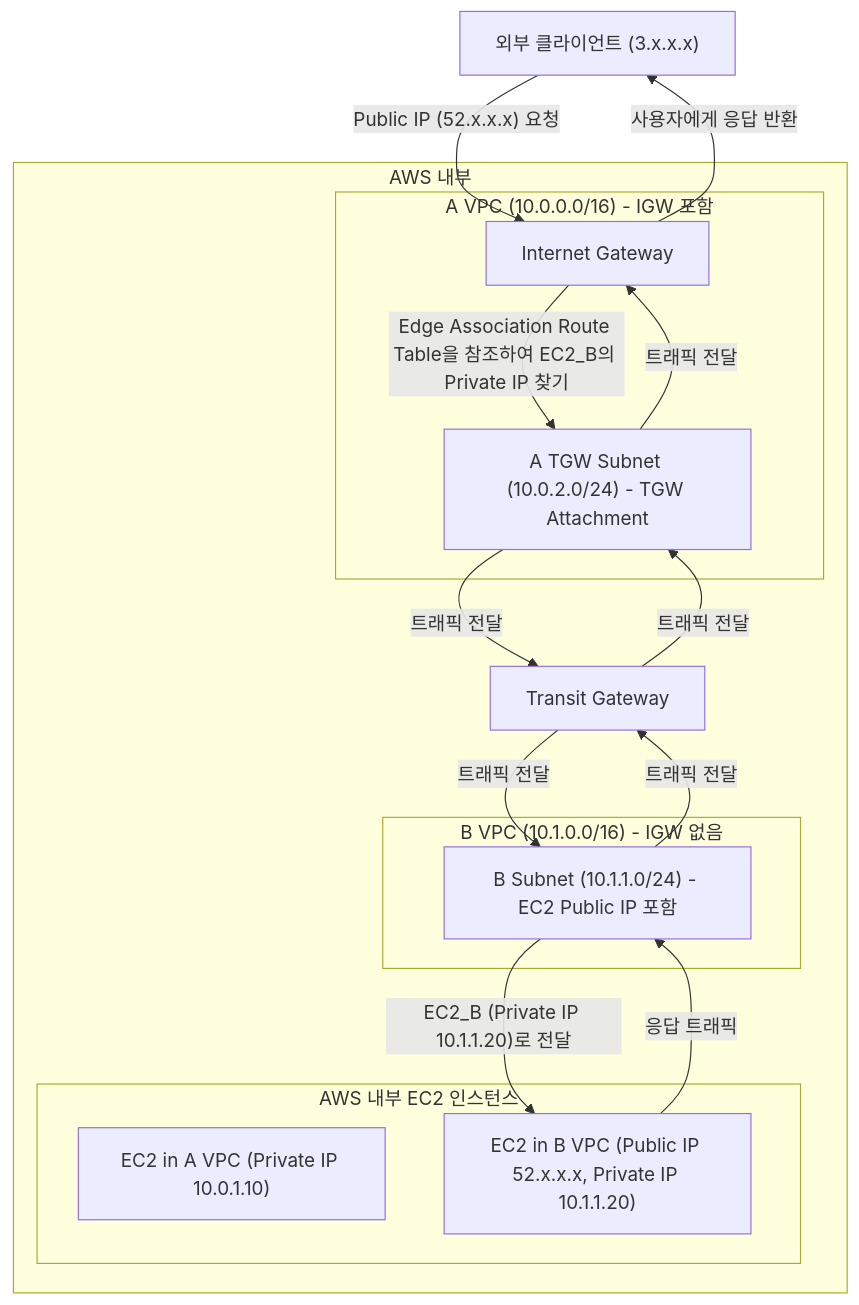
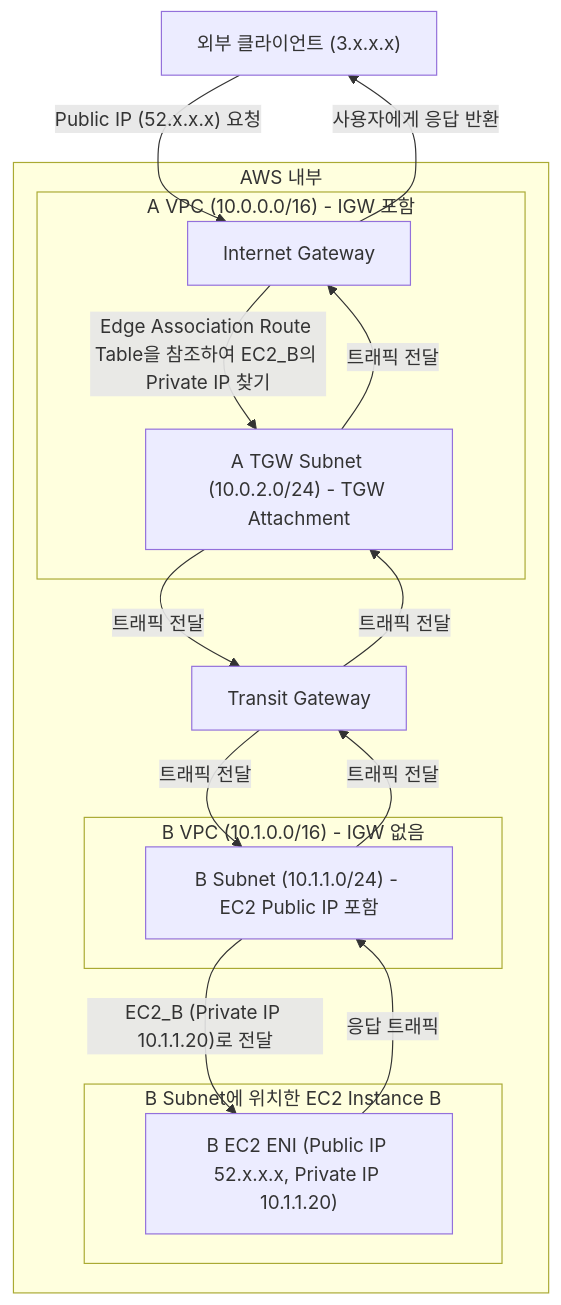
The diagram in docs/blog/posts/Cloud Infra/igw_edge_asso.md (dotoryeee/blog), drawn with Mermaid before and after one commit.

````diff
--- a/docs/blog/posts/Cloud Infra/igw_edge_asso.md
+++ b/docs/blog/posts/Cloud Infra/igw_edge_asso.md
@@ -19,35 +19,34 @@
 ``` mermaid
 graph TD;
   Client["외부 클라이언트 (3.x.x.x)"]
   
   subgraph AWS_Cloud ["AWS 내부"]
     subgraph A_VPC ["A VPC (10.0.0.0/16) - IGW 포함"]
       A_TGW_Subnet["A TGW Subnet (10.0.2.0/24) - TGW Attachment"]
       IGW["Internet Gateway"]
     end
 
     subgraph B_VPC ["B VPC (10.1.0.0/16) - IGW 없음"]
       B_Subnet["B Subnet (10.1.1.0/24) - EC2 Public IP 포함"]
     end
 
     TGW["Transit Gateway"]
 
-    subgraph AWS_Instances ["AWS 내부 EC2 인스턴스"]
-      EC2_A["EC2 in A VPC (Private IP 10.0.1.10)"]
-      EC2_B["EC2 in B VPC (Public IP 52.x.x.x, Private IP 10.1.1.20)"]
+    subgraph AWS_Instances ["B Subnet에 위치한 EC2 Instance B"]
+      EC2_B["B EC2 ENI (Public IP 52.x.x.x, Private IP 10.1.1.20)"]
     end
   end
 
   Client -->|"Public IP (52.x.x.x) 요청"| IGW
   IGW -->|"Edge Association Route Table을 참조하여 EC2_B의 Private IP 찾기"| A_TGW_Subnet
   A_TGW_Subnet -->|"트래픽 전달"| TGW
   TGW -->|"트래픽 전달"| B_Subnet
   B_Subnet -->|"EC2_B (Private IP 10.1.1.20)로 전달"| EC2_B
 
   EC2_B -->|"응답 트래픽"| B_Subnet
   B_Subnet -->|"트래픽 전달"| TGW
   TGW -->|"트래픽 전달"| A_TGW_Subnet
   A_TGW_Subnet -->|"트래픽 전달"| IGW
   IGW -->|"사용자에게 응답 반환"| Client
 
 ```
````
